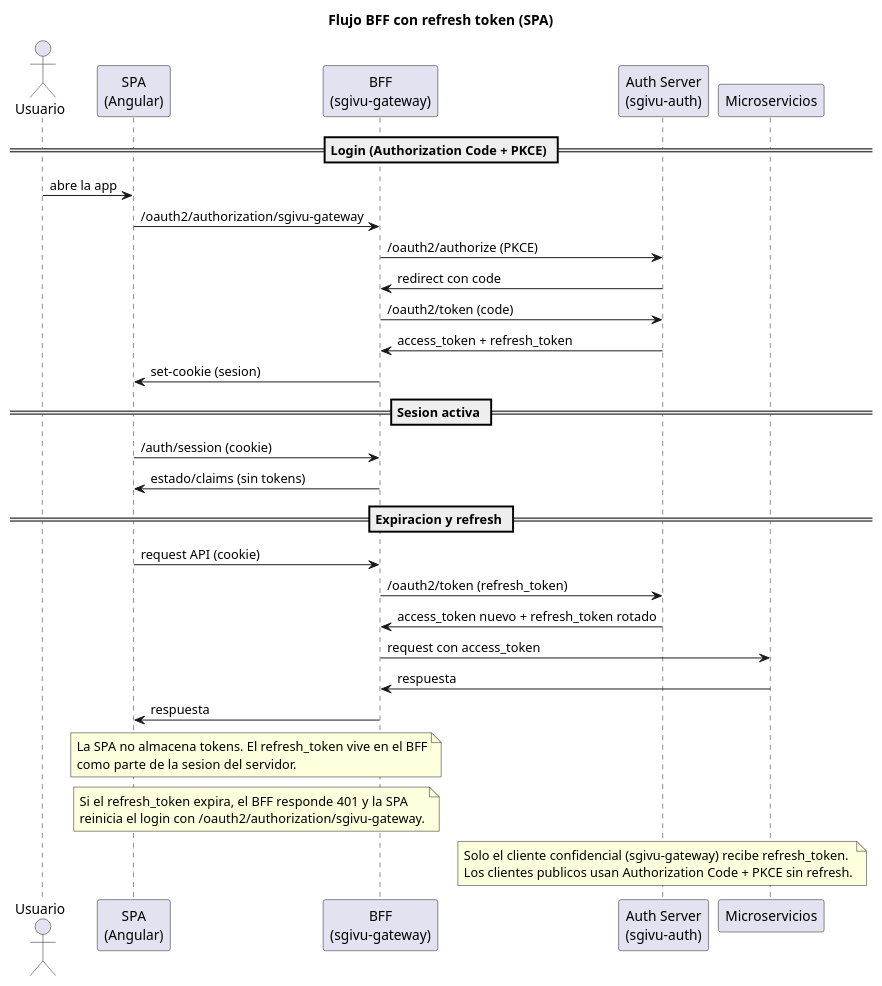
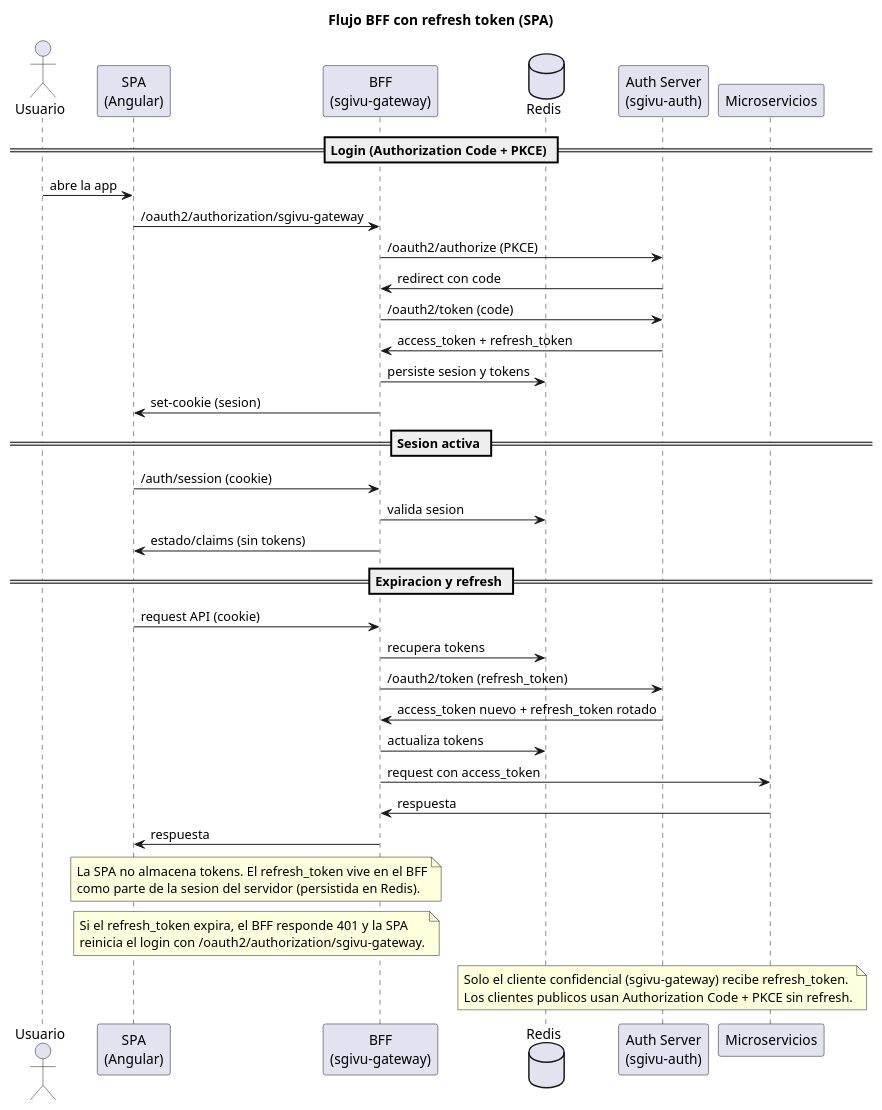
Before and after one commit to stevenrq/sgivu: the diagram in docs/diagrams/03-bff-refresh-token-flow.puml, drawn with PlantUML.

Commit message:
docs(diagrams): update BFF refresh token flow diagram to include Redis session persistence

```diff
--- a/docs/diagrams/03-bff-refresh-token-flow.puml
+++ b/docs/diagrams/03-bff-refresh-token-flow.puml
@@ -1,48 +1,53 @@
 @startuml
 title Flujo BFF con refresh token (SPA)
 skinparam shadowing false
 skinparam componentStyle rectangle
 skinparam packageStyle rectangle
 
 actor "Usuario" as usuario
 participant "SPA\n(Angular)" as spa
 participant "BFF\n(sgivu-gateway)" as bff
+database "Redis" as redis
 participant "Auth Server\n(sgivu-auth)" as auth
 participant "Microservicios" as ms
 
 == Login (Authorization Code + PKCE) ==
 usuario -> spa : abre la app
 spa -> bff : /oauth2/authorization/sgivu-gateway
 bff -> auth : /oauth2/authorize (PKCE)
 auth -> bff : redirect con code
 bff -> auth : /oauth2/token (code)
 auth -> bff : access_token + refresh_token
+bff -> redis : persiste sesion y tokens
 bff -> spa : set-cookie (sesion)
 
 == Sesion activa ==
 spa -> bff : /auth/session (cookie)
+bff -> redis : valida sesion
 bff -> spa : estado/claims (sin tokens)
 
 == Expiracion y refresh ==
 spa -> bff : request API (cookie)
+bff -> redis : recupera tokens
 bff -> auth : /oauth2/token (refresh_token)
 auth -> bff : access_token nuevo + refresh_token rotado
+bff -> redis : actualiza tokens
 bff -> ms : request con access_token
 ms -> bff : respuesta
 bff -> spa : respuesta
 
 note over spa,bff
 La SPA no almacena tokens. El refresh_token vive en el BFF
-como parte de la sesion del servidor.
+como parte de la sesion del servidor (persistida en Redis).
 end note
 
 note over spa,bff
 Si el refresh_token expira, el BFF responde 401 y la SPA
 reinicia el login con /oauth2/authorization/sgivu-gateway.
 end note
 
 note over auth
 Solo el cliente confidencial (sgivu-gateway) recibe refresh_token.
 Los clientes publicos usan Authorization Code + PKCE sin refresh.
 end note
 @enduml
```
